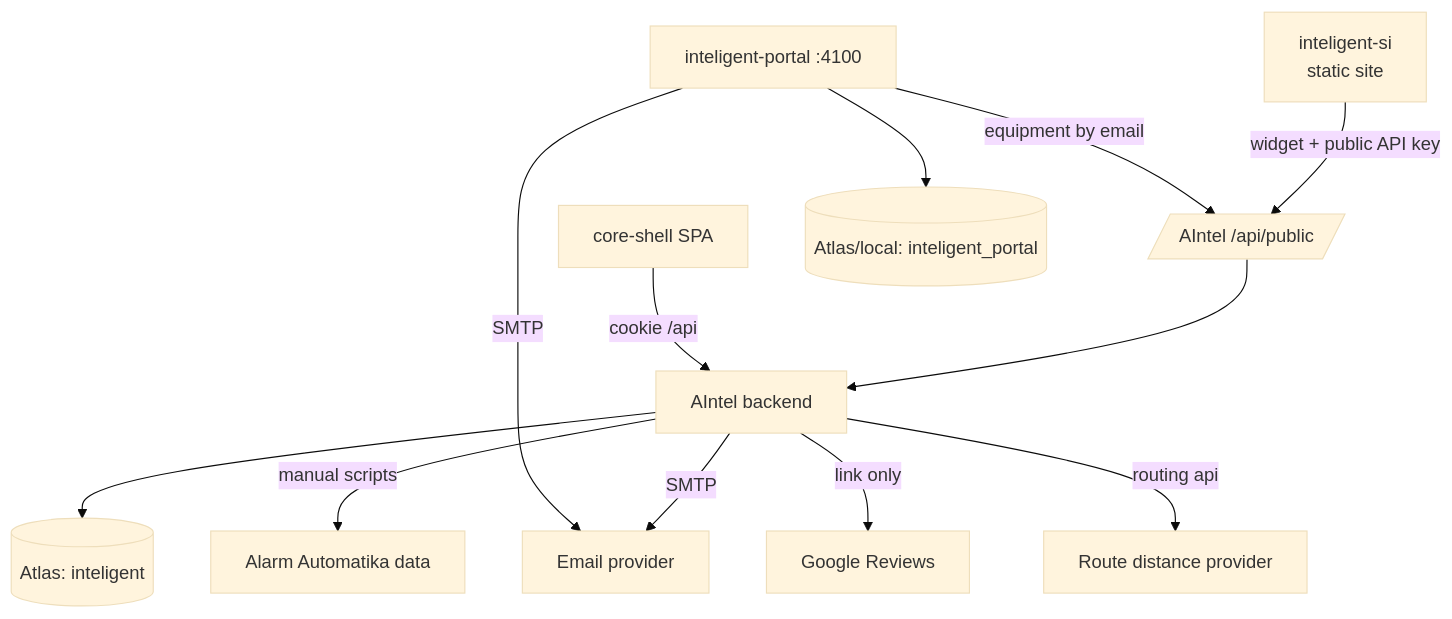
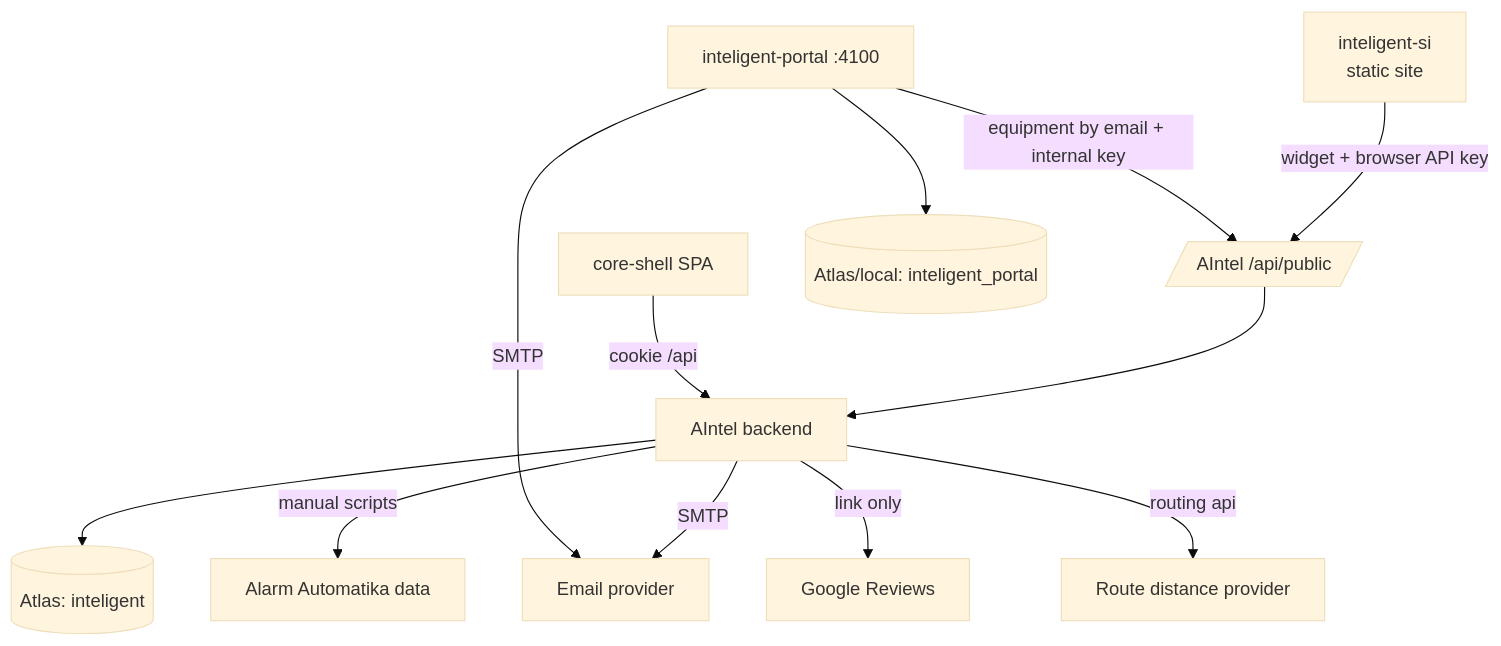
One commit to zorkojaka/AIntel changed the diagram in docs/aintel-audit/INTEGRATION_MAP.md. Above: the diagram before and after it, drawn with Mermaid (base theme). The commit also changed other lines of this file and 8 other files, not shown here.

Commit message:
AIN-P0-01 enforce internal public API key split

````diff
--- a/docs/aintel-audit/INTEGRATION_MAP.md
+++ b/docs/aintel-audit/INTEGRATION_MAP.md
@@ -67,14 +67,14 @@
 ```mermaid
 flowchart TD
-  SI[inteligent-si<br/>static site] -- widget + public API key --> PUB[/AIntel /api/public/]
-  PORTAL[inteligent-portal :4100] -- equipment by email --> PUB
+  SI[inteligent-si<br/>static site] -- widget + browser API key --> PUB[/AIntel /api/public/]
+  PORTAL[inteligent-portal :4100] -- equipment by email + internal key --> PUB
   PUB --> AINTEL[AIntel backend]
   SHELL[core-shell SPA] -- cookie /api --> AINTEL
   AINTEL --> ATLAS[(Atlas: inteligent)]
   PORTAL --> PDB[(Atlas/local: inteligent_portal)]
   AINTEL -- SMTP --> MAIL[Email provider]
   PORTAL -- SMTP --> MAIL
   AINTEL -- manual scripts --> AA[Alarm Automatika data]
   AINTEL -- link only --> GOOGLE[Google Reviews]
   AINTEL -- routing api --> ROUTE[Route distance provider]
 ```
````
